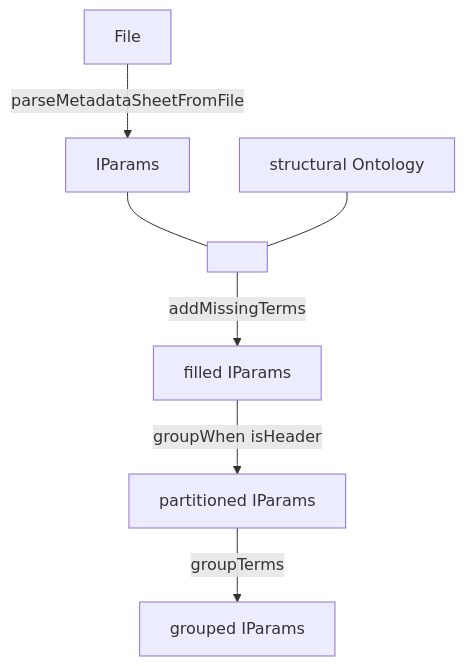
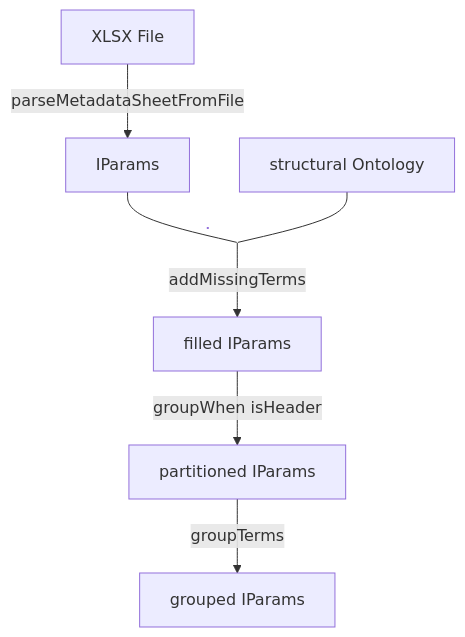
The diagram in workingGraph.md (nfdi4plants/arc-validate), drawn with Mermaid before and after one commit.

Commit message:
Update prototype: working graph

````diff
--- a/workingGraph.md
+++ b/workingGraph.md
@@ -1,17 +1,22 @@
 ```mermaid
 
-flowchart
-	fips["filled IParams"]
-	partiparams["partitioned IParams"]
-	grips["grouped IParams"]
-	onto["structural Ontology"]
+flowchart 
+	xf[XLSX File]
+	fips[filled IParams]
+	partiparams[partitioned IParams]
+	grips[grouped IParams]
+	onto[structural Ontology]
+	D[ ]:::empty
 
-	File -->|parseMetadataSheetFromFile| IParams
-	IParams --- D[ ]:::empty
-	onto --- D
+	style D width:1
+	style D height:1
+	classDef empty width:0px,height:0px;
+
+	xf -->|parseMetadataSheetFromFile| IParams
+	IParams & onto --- D
 	D -->|addMissingTerms| fips
-	fips -->|"groupWhen isHeader"| partiparams
+	fips -->|groupWhen isHeader| partiparams
 	partiparams -->|groupTerms| grips
 
 
 ```
````
